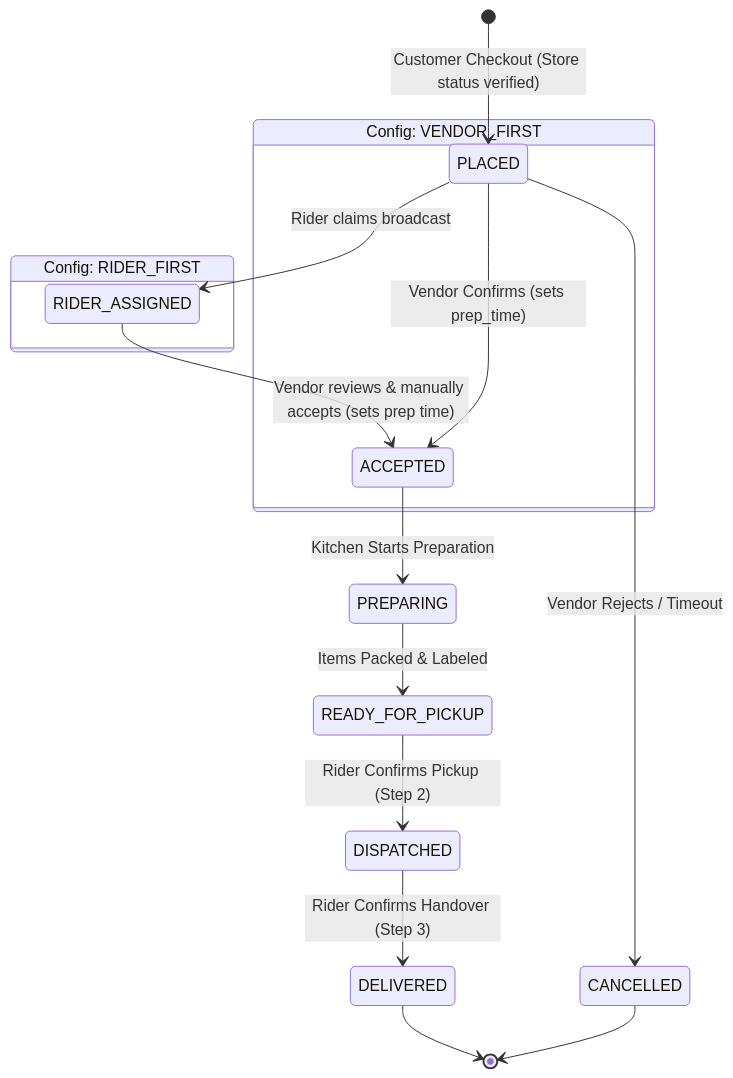
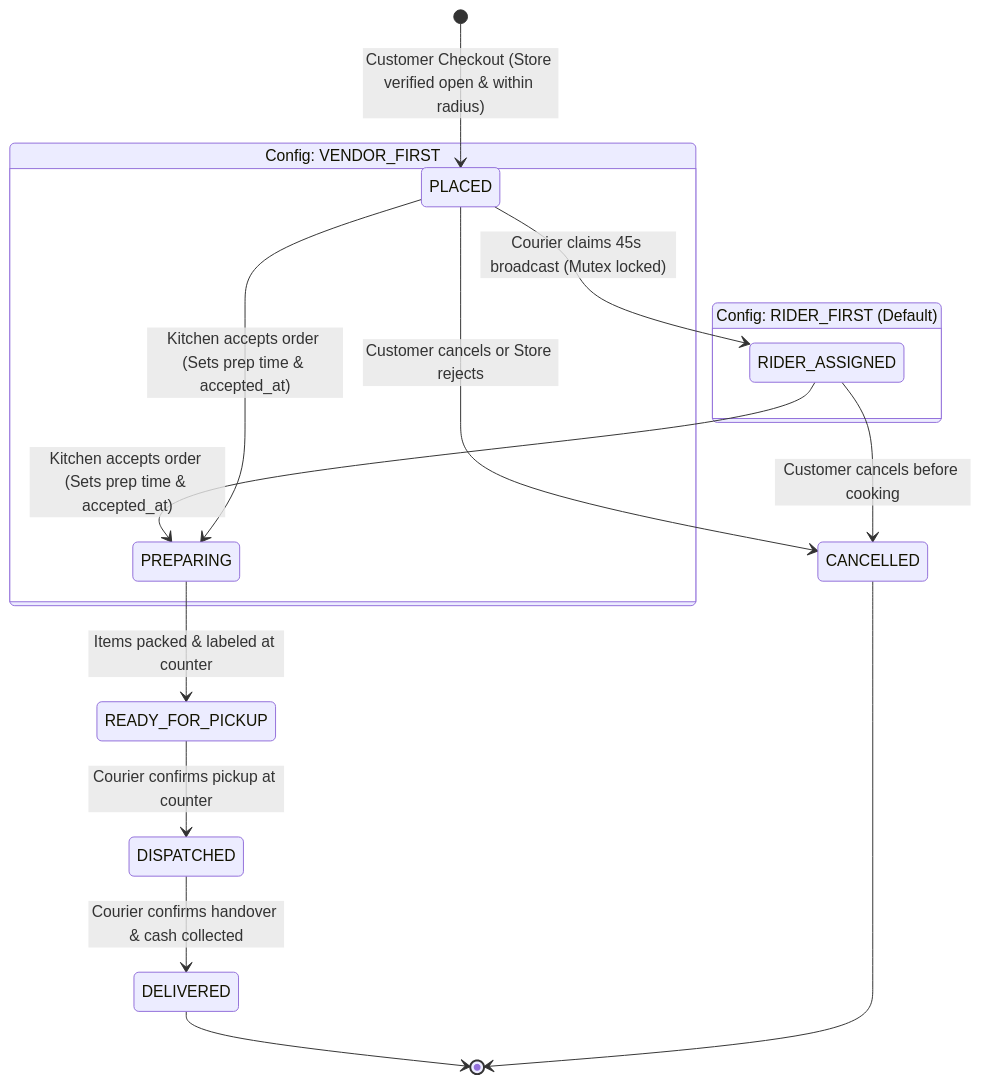
Before and after one commit to ihjohny/DeliveryOS: the diagram in context_docs/technical-implementation-documents/05-order-state-machine-and-dispatch-engine.md, drawn with Mermaid. The commit also changed other lines of this file and 14 other files, not shown here.

````diff
--- a/context_docs/technical-implementation-documents/05-order-state-machine-and-dispatch-engine.md
+++ b/context_docs/technical-implementation-documents/05-order-state-machine-and-dispatch-engine.md
@@ -21,22 +21,22 @@
 ```mermaid
 stateDiagram-v2
-    [*] --> PLACED: Customer Checkout (Store status verified)
+    [*] --> PLACED: Customer Checkout (Store verified open & within radius)
     
-    state "Config: RIDER_FIRST" as RiderFirstFlow {
-        PLACED --> RIDER_ASSIGNED: Rider claims broadcast
-        RIDER_ASSIGNED --> ACCEPTED: Vendor reviews & manually accepts (sets prep time)
+    state "Config: RIDER_FIRST (Default)" as RiderFirstFlow {
+        PLACED --> RIDER_ASSIGNED: Courier claims 45s broadcast (Mutex locked)
+        RIDER_ASSIGNED --> PREPARING: Kitchen accepts order (Sets prep time & accepted_at)
     }
     
     state "Config: VENDOR_FIRST" as VendorFirstFlow {
-        PLACED --> ACCEPTED: Vendor Confirms (sets prep_time)
+        PLACED --> PREPARING: Kitchen accepts order (Sets prep time & accepted_at)
     }
 
-    PLACED --> CANCELLED: Vendor Rejects / Timeout
-    ACCEPTED --> PREPARING: Kitchen Starts Preparation
-    PREPARING --> READY_FOR_PICKUP: Items Packed & Labeled
-    READY_FOR_PICKUP --> DISPATCHED: Rider Confirms Pickup (Step 2)
-    DISPATCHED --> DELIVERED: Rider Confirms Handover (Step 3)
+    PLACED --> CANCELLED: Customer cancels or Store rejects
+    RIDER_ASSIGNED --> CANCELLED: Customer cancels before cooking
+    PREPARING --> READY_FOR_PICKUP: Items packed & labeled at counter
+    READY_FOR_PICKUP --> DISPATCHED: Courier confirms pickup at counter
+    DISPATCHED --> DELIVERED: Courier confirms handover & cash collected
     
     DELIVERED --> [*]
     CANCELLED --> [*]
 ```
````
